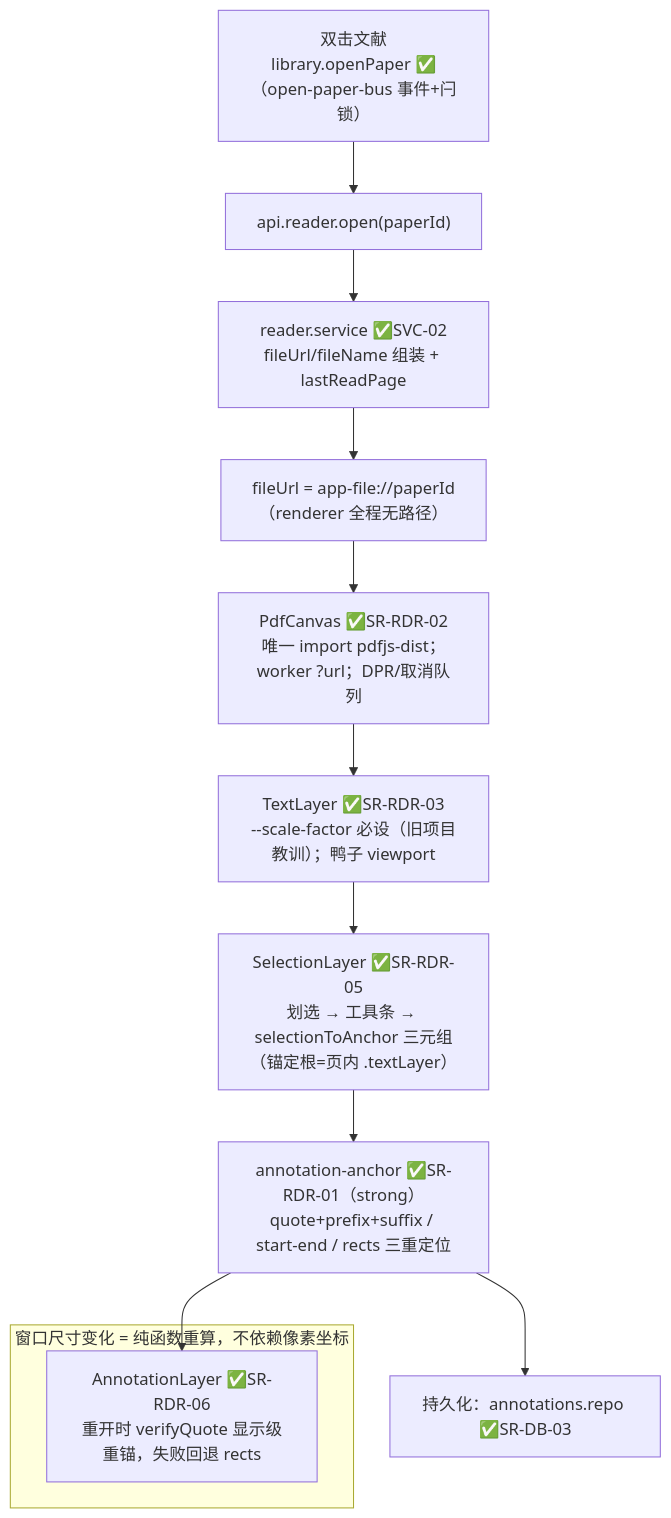
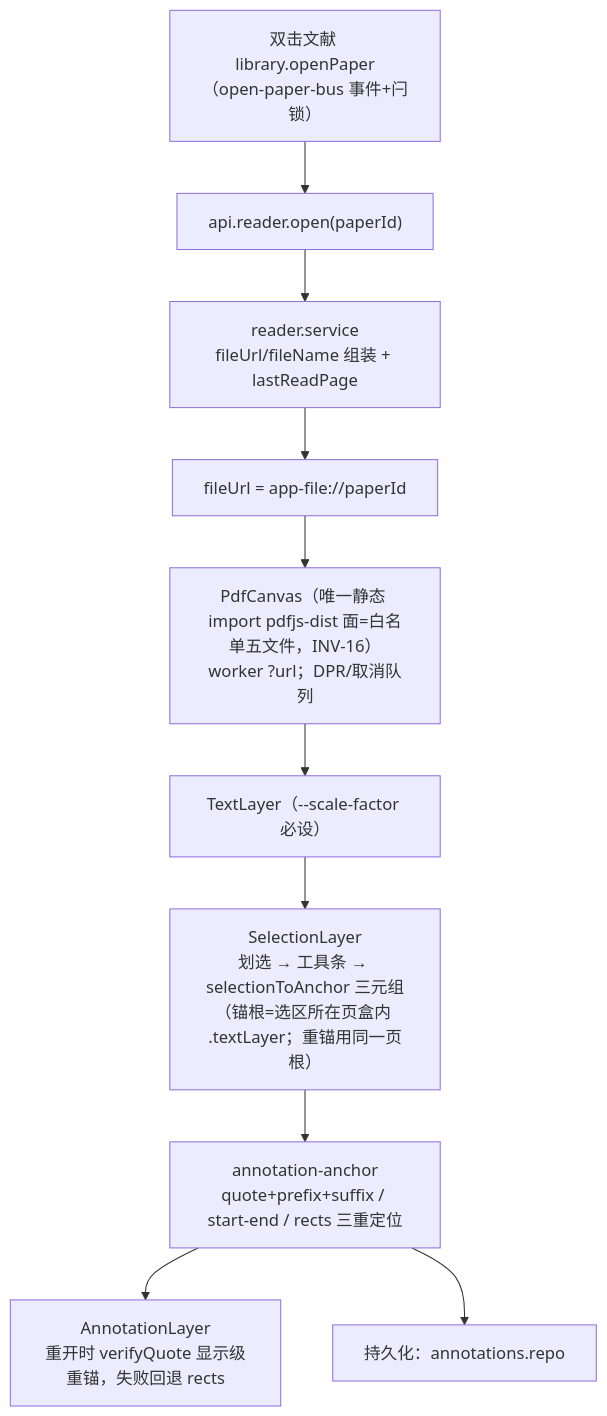
One commit to yyx20040712/Synapse changed the fourth of 6 diagrams in docs/architecture.md. Above: the diagram before and after it, drawn with Mermaid. The commit also changed other lines of this file, not shown here.

````diff
--- a/docs/architecture.md
+++ b/docs/architecture.md
@@ -331,15 +184,12 @@
 ```mermaid
 flowchart TB
-  A["双击文献<br/>library.openPaper ✅（open-paper-bus 事件+闩锁）"] --> B["api.reader.open(paperId)"]
-  B --> C["reader.service ✅SVC-02<br/>fileUrl/fileName 组装 + lastReadPage"]
-  C --> D["fileUrl = app-file://paperId<br/>（renderer 全程无路径）"]
-  D --> E["PdfCanvas ✅SR-RDR-02<br/>唯一 import pdfjs-dist；worker ?url；DPR/取消队列"]
-  E --> F["TextLayer ✅SR-RDR-03<br/>--scale-factor 必设（旧项目教训）；鸭子 viewport"]
-  F --> G["SelectionLayer ✅SR-RDR-05<br/>划选 → 工具条 → selectionToAnchor 三元组（锚定根=页内 .textLayer）"]
-  G --> H["annotation-anchor ✅SR-RDR-01（strong）<br/>quote+prefix+suffix / start-end / rects 三重定位"]
-  H --> I["AnnotationLayer ✅SR-RDR-06<br/>重开时 verifyQuote 显示级重锚，失败回退 rects"]
-  H --> J["持久化：annotations.repo ✅SR-DB-03"]
-  subgraph NOTE["窗口尺寸变化 = 纯函数重算，不依赖像素坐标"]
-    I
-  end
+  A["双击文献 library.openPaper<br/>（open-paper-bus 事件+闩锁）"] --> B["api.reader.open(paperId)"]
+  B --> C["reader.service<br/>fileUrl/fileName 组装 + lastReadPage"]
+  C --> D["fileUrl = app-file://paperId"]
+  D --> E["PdfCanvas（唯一静态 import pdfjs-dist 面=白名单五文件，INV-16）<br/>worker ?url；DPR/取消队列"]
+  E --> F["TextLayer（--scale-factor 必设）"]
+  F --> G["SelectionLayer<br/>划选 → 工具条 → selectionToAnchor 三元组<br/>（锚根=选区所在页盒内 .textLayer；重锚用同一页根）"]
+  G --> H["annotation-anchor<br/>quote+prefix+suffix / start-end / rects 三重定位"]
+  H --> I["AnnotationLayer<br/>重开时 verifyQuote 显示级重锚，失败回退 rects"]
+  H --> J["持久化：annotations.repo"]
 ```
````
